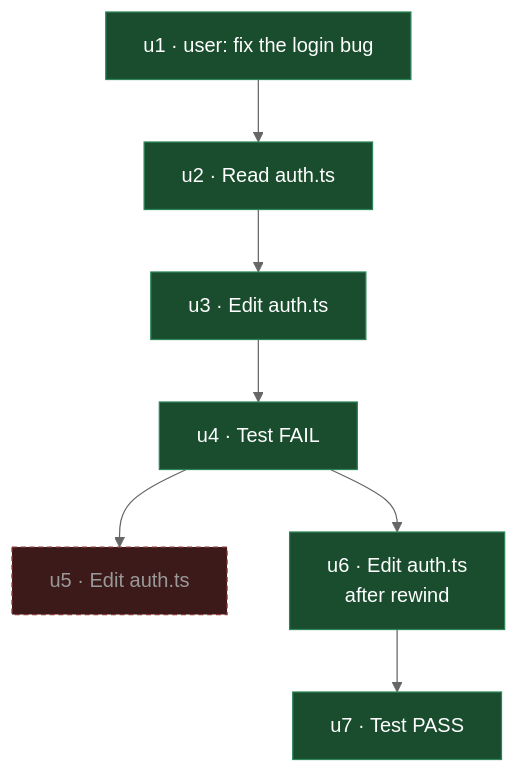
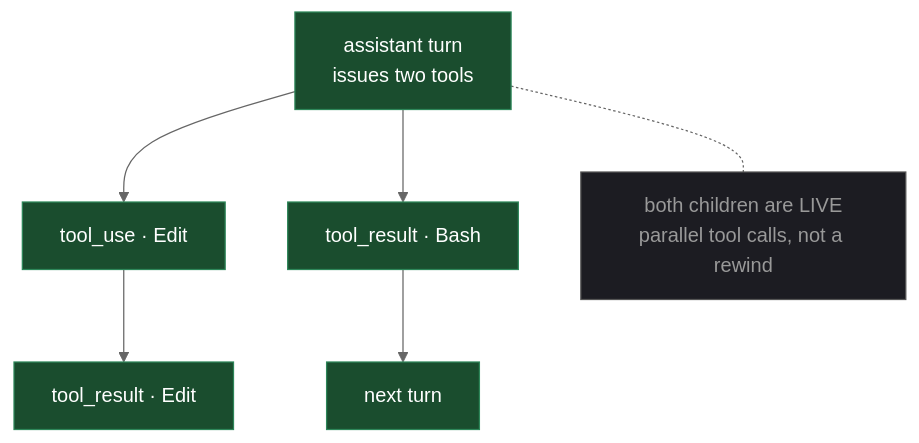
One commit to vibesenpai/vibesenpai changed the second of 7 diagrams in docs/architecture.md. Above: the diagram before and after it, drawn with Mermaid (neutral theme). The commit also changed other lines of this file and 26 other files, not shown here.

First line of the commit message:
Never copy transcripts; add parser factory and schema versioning

````diff
--- a/docs/architecture.md
+++ b/docs/architecture.md
@@ -73,14 +143,15 @@
 ```mermaid
 flowchart TD
-  R["u1 · user: fix the login bug"] --> A["u2 · Read auth.ts"]
-  A --> B["u3 · Edit auth.ts"]
-  B --> C["u4 · Test FAIL"]
-  C --> D["u5 · Edit auth.ts"]
-  C --> E["u6 · Edit auth.ts<br/>after rewind"]
-  E --> F["u7 · Test PASS"]
+  P["assistant turn<br/>issues two tools"] --> A["tool_use · Edit"]
+  P --> B["tool_result · Bash"]
+  A --> C["tool_result · Edit"]
+  B --> D["next turn"]
 
-  D:::dead
-  classDef dead fill:#3d1a1a,stroke:#8b3a3a,color:#999,stroke-dasharray: 4 3
+  N["both children are LIVE<br/>parallel tool calls, not a rewind"]
+  P -.- N
+
   classDef live fill:#1a4d2e,stroke:#2d8659,color:#fff
-  class R,A,B,C,E,F live
+  classDef note fill:#1c1c22,stroke:#555,color:#999
+  class P,A,B,C,D live
+  class N note
 ```
````
